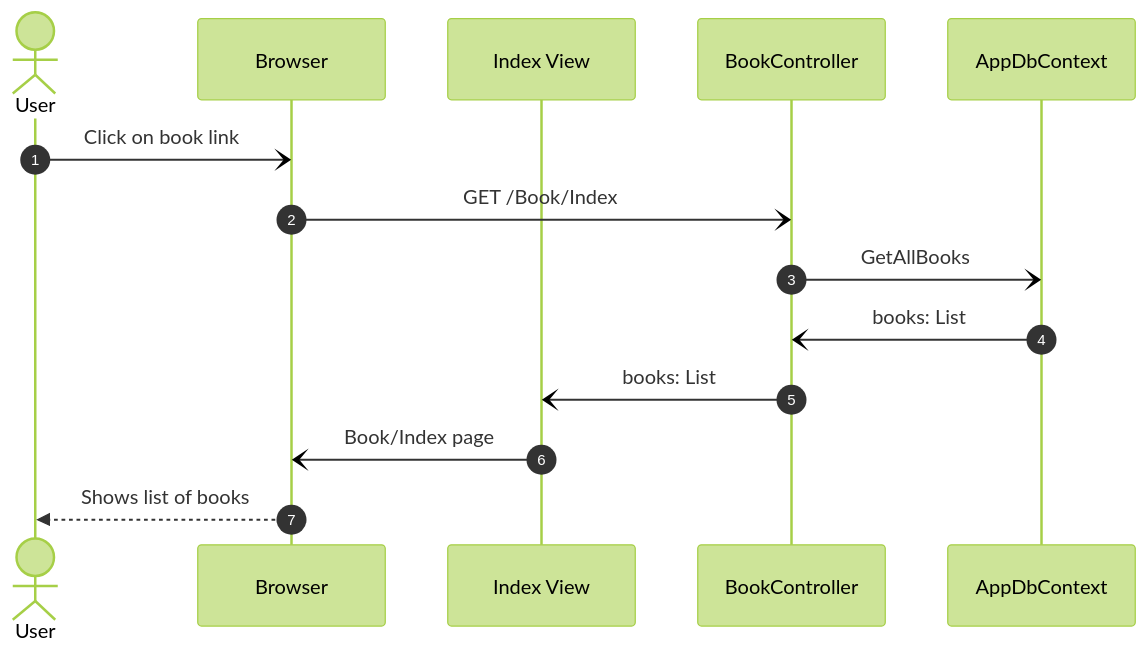
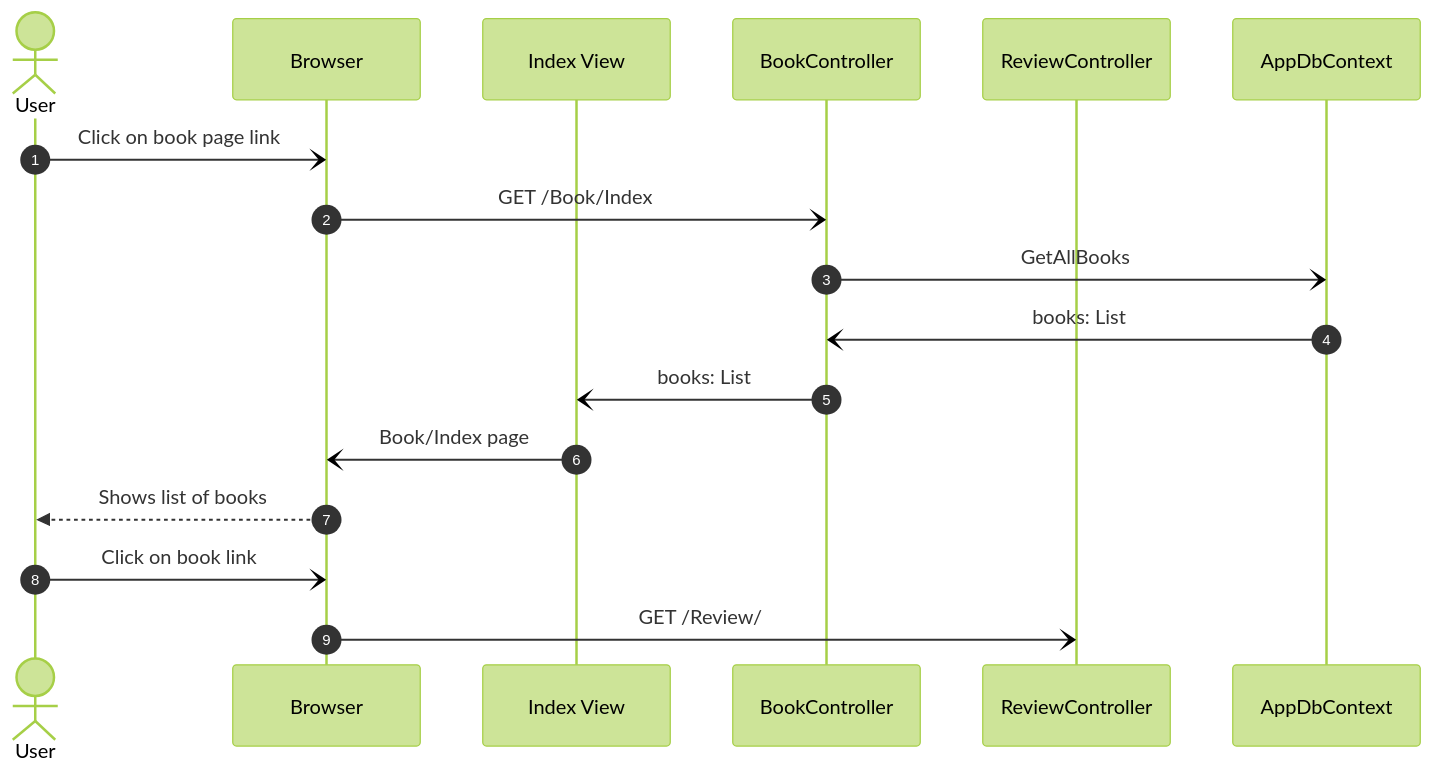
The diagram in LectureNotes/Images/BookReviewSequenceDiagram.mmd (ProfBird/CS246-CourseMaterials), drawn with Mermaid (forest theme) before and after one commit.

Commit message:
Added to incomplete diagram

```diff
--- a/LectureNotes/Images/BookReviewSequenceDiagram.mmd
+++ b/LectureNotes/Images/BookReviewSequenceDiagram.mmd
@@ -1,15 +1,19 @@
 sequenceDiagram
 actor User
 participant Browser
 participant Index View
 participant BookController
+participant ReviewController
 participant AppDbContext
 autonumber
 
-    User-)Browser: Click on book link
+    User-)Browser: Click on book page link
     Browser-)BookController: GET /Book/Index
     BookController-)AppDbContext: GetAllBooks
     AppDbContext-)BookController: books: List
     BookController-)Index View: books: List
     Index View-)Browser: Book/Index page
     Browser-->>User: Shows list of books
+
+    User-)Browser: Click on book link
+    Browser-)ReviewController: GET /Review/
```
